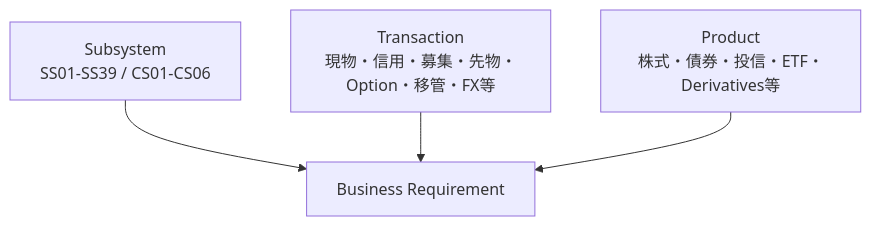
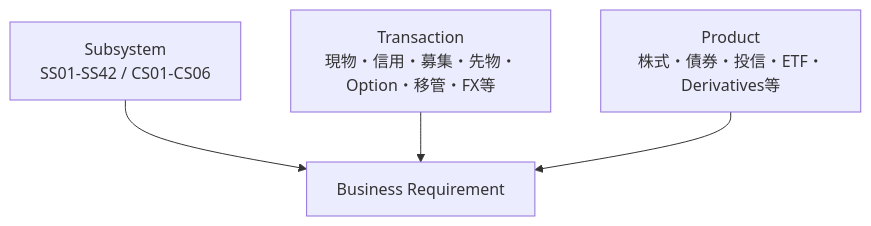
Before and after one commit to skyTreeCN/jp-securitie-skills: the third of 3 diagrams in docs/01-architecture/SYSTEM_LANDSCAPE.md, drawn with Mermaid. The commit also changed other lines of this file, not shown here.

````diff
--- a/docs/01-architecture/SYSTEM_LANDSCAPE.md
+++ b/docs/01-architecture/SYSTEM_LANDSCAPE.md
@@ -116,10 +126,10 @@
 ```mermaid
 flowchart TB
-  SS[Subsystem\nSS01-SS39 / CS01-CS06]
+  SS[Subsystem\nSS01-SS42 / CS01-CS06]
   TR[Transaction\n現物・信用・募集・先物・Option・移管・FX等]
   PR[Product\n株式・債券・投信・ETF・Derivatives等]
 
   SS --> REQ[Business Requirement]
   TR --> REQ
   PR --> REQ
 ```
````
